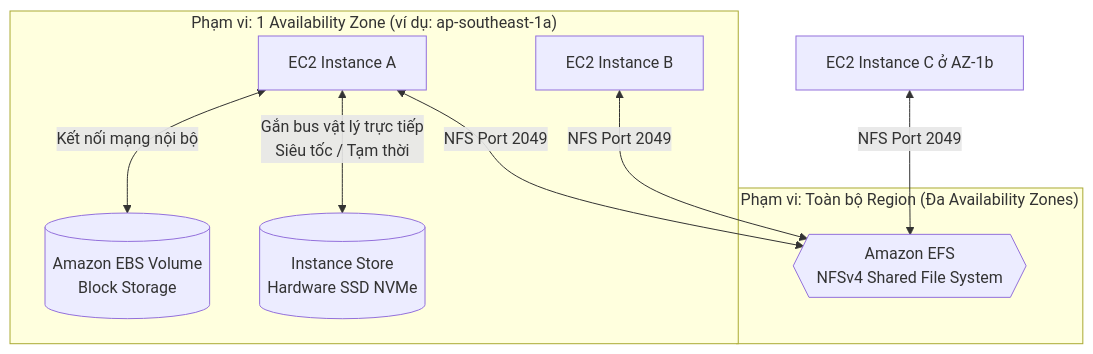
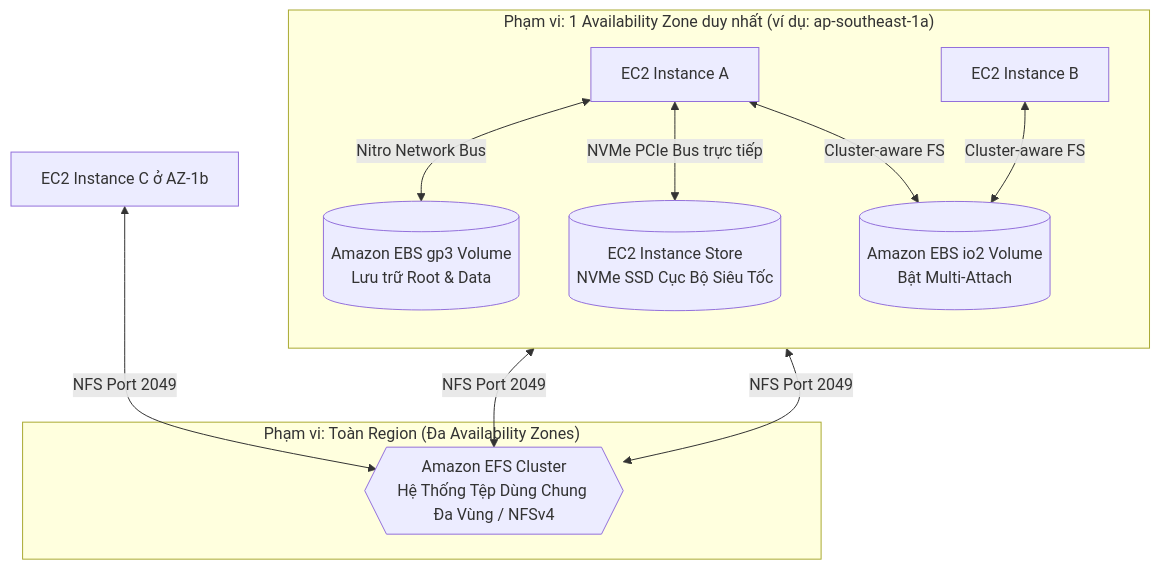
One commit to nhatphanhk/AWS_XBrain_Note changed the second of 5 diagrams in AWS_Services/EBS_EFS_Storage.md. Above: the diagram before and after it, drawn with Mermaid. The commit also changed other lines of this file and 15 other files, not shown here.

````diff
--- a/AWS_Services/EBS_EFS_Storage.md
+++ b/AWS_Services/EBS_EFS_Storage.md
@@ -32,20 +67,26 @@
 ```mermaid
 flowchart TD
-    subgraph SingleAZ["Phạm vi: 1 Availability Zone (ví dụ: ap-southeast-1a)"]
+    subgraph SingleAZ["Phạm vi: 1 Availability Zone duy nhất (ví dụ: ap-southeast-1a)"]
+        direction TB
         EC2_1[EC2 Instance A]
         EC2_2[EC2 Instance B]
-        EBS_Vol[(Amazon EBS Volume\nBlock Storage)]
-        Inst_Store[(Instance Store\nHardware SSD NVMe)]
         
-        EC2_1 <-->|Kết nối mạng nội bộ| EBS_Vol
-        EC2_1 <-->|Gắn bus vật lý trực tiếp\nSiêu tốc / Tạm thời| Inst_Store
+        EBS_gp3[(Amazon EBS gp3 Volume\nLưu trữ Root & Data)]
+        EBS_io2[(Amazon EBS io2 Volume\nBật Multi-Attach)]
+        InstStore[(EC2 Instance Store\nNVMe SSD Cục Bộ Siêu Tốc)]
+
+        EC2_1 <-->|Nitro Network Bus| EBS_gp3
+        EC2_1 <-->|NVMe PCIe Bus trực tiếp| InstStore
+        
+        EC2_1 <-->|Cluster-aware FS| EBS_io2
+        EC2_2 <-->|Cluster-aware FS| EBS_io2
     end
 
-    subgraph MultiAZ["Phạm vi: Toàn bộ Region (Đa Availability Zones)"]
-        EFS_Share{{Amazon EFS\nNFSv4 Shared File System}}
+    subgraph MultiAZ["Phạm vi: Toàn Region (Đa Availability Zones)"]
+        EFS_System{{Amazon EFS Cluster\nHệ Thống Tệp Dùng Chung Đa Vùng / NFSv4}}
     end
 
-    EC2_1 <-->|NFS Port 2049| EFS_Share
-    EC2_2 <-->|NFS Port 2049| EFS_Share
-    EC2_3[EC2 Instance C ở AZ-1b] <-->|NFS Port 2049| EFS_Share
+    EC2_1 <-->|NFS Port 2049| EFS_System
+    EC2_2 <-->|NFS Port 2049| EFS_System
+    EC2_3[EC2 Instance C ở AZ-1b] <-->|NFS Port 2049| EFS_System
 ```
````
